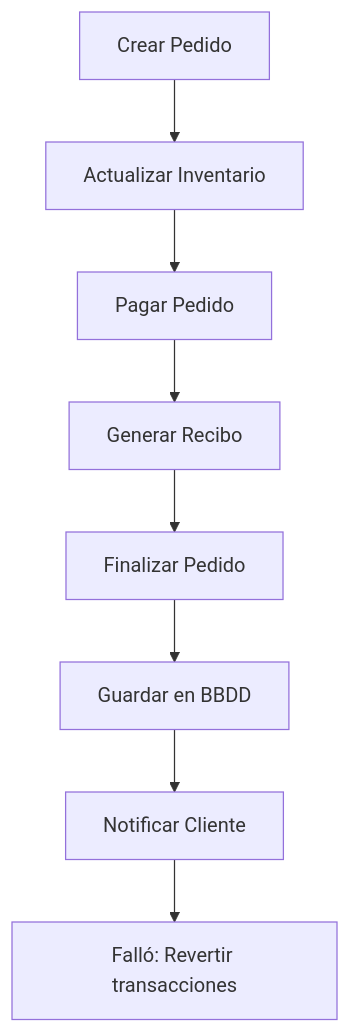
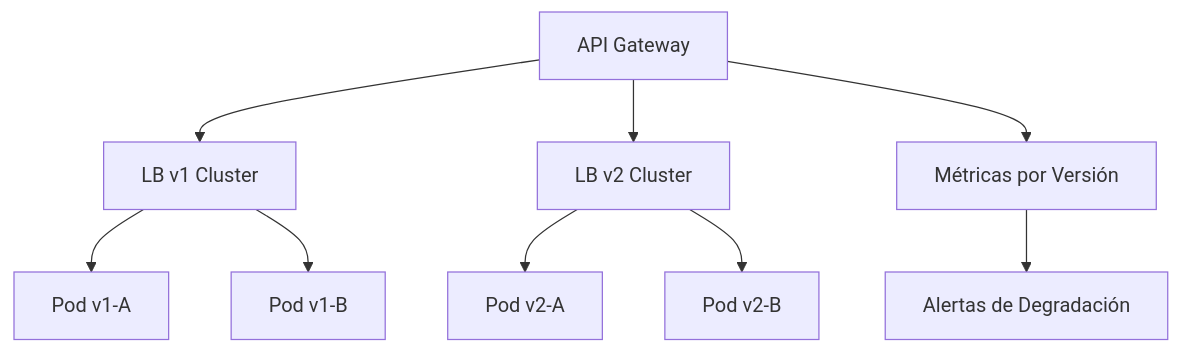
The fifth of 7 diagrams in _Review/compatibilidad_evolutiva_entre_microservicios/compatibilidad_evolutiva_entre_microservicios.md (Joaquinriosheredia/DAM-Java-Mastery), drawn with Mermaid before and after one commit. The commit also changed other lines of this file, not shown here.

````diff
--- a/_Review/compatibilidad_evolutiva_entre_microservicios/compatibilidad_evolutiva_entre_microservicios.md
+++ b/_Review/compatibilidad_evolutiva_entre_microservicios/compatibilidad_evolutiva_entre_microservicios.md
@@ -758,10 +366,11 @@
 ```mermaid
 graph TD
-  A[Crear Pedido] --> B[Actualizar Inventario]
-  B --> C[Pagar Pedido]
-  C --> D[Generar Recibo]
-  D --> E[Finalizar Pedido]
-  E --> F[Guardar en BBDD]
-  F --> G[Notificar Cliente]
-  G --> H[Falló: Revertir transacciones]
+    GW[API Gateway] --> LB1[LB v1 Cluster]
+    GW --> LB2[LB v2 Cluster]
+    LB1 --> P1A[Pod v1-A]
+    LB1 --> P1B[Pod v1-B]
+    LB2 --> P2A[Pod v2-A]
+    LB2 --> P2B[Pod v2-B]
+    GW --> MON[Métricas por Versión]
+    MON --> ALERT[Alertas de Degradación]
 ```
````
